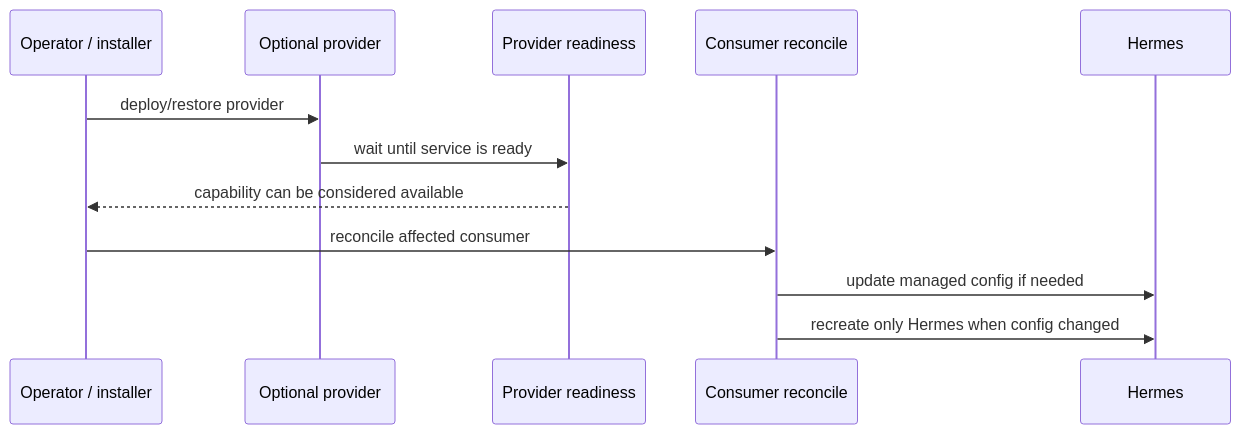
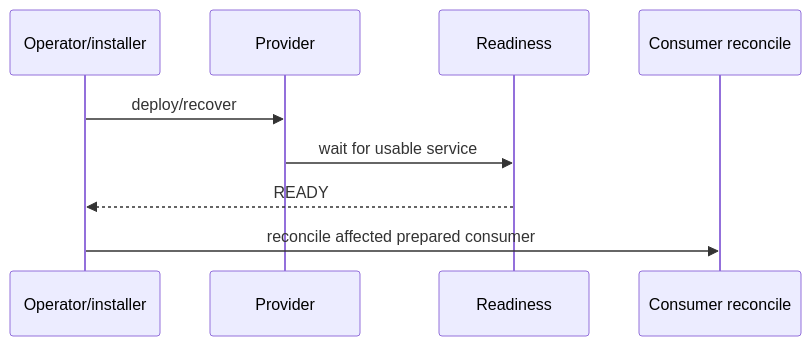
One commit to ea1het/local_hybrid_ai changed the fourth of 4 diagrams in README.md. Above: the diagram before and after it, drawn with Mermaid. The commit also changed other lines of this file, not shown here.

Commit message:
Document converged PostgreSQL and clean-install architecture

````diff
--- a/README.md
+++ b/README.md
@@ -169,14 +188,11 @@
 ```mermaid
 sequenceDiagram
-    participant O as Operator / installer
-    participant P as Optional provider
-    participant W as Provider readiness
-    participant R as Consumer reconcile
-    participant H as Hermes
-    O->>P: deploy/restore provider
-    P->>W: wait until service is ready
-    W-->>O: capability can be considered available
-    O->>R: reconcile affected consumer
-    R->>H: update managed config if needed
-    R->>H: recreate only Hermes when config changed
+    participant O as Operator/installer
+    participant P as Provider
+    participant W as Readiness
+    participant C as Consumer reconcile
+    O->>P: deploy/recover
+    P->>W: wait for usable service
+    W-->>O: READY
+    O->>C: reconcile affected prepared consumer
 ```
````
